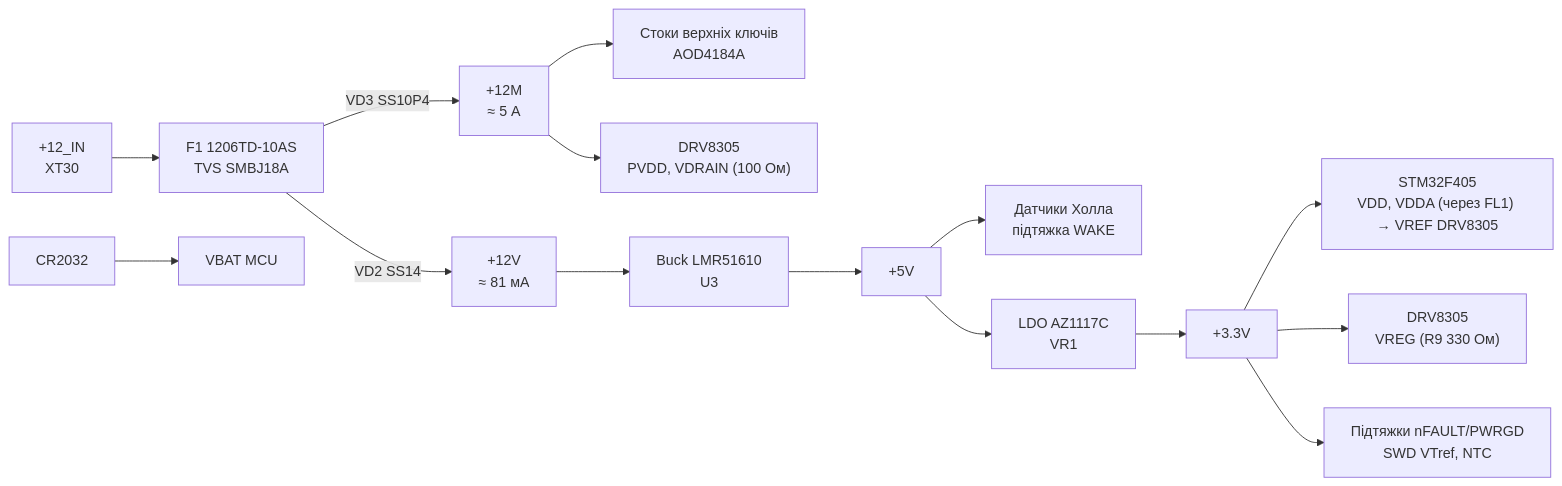
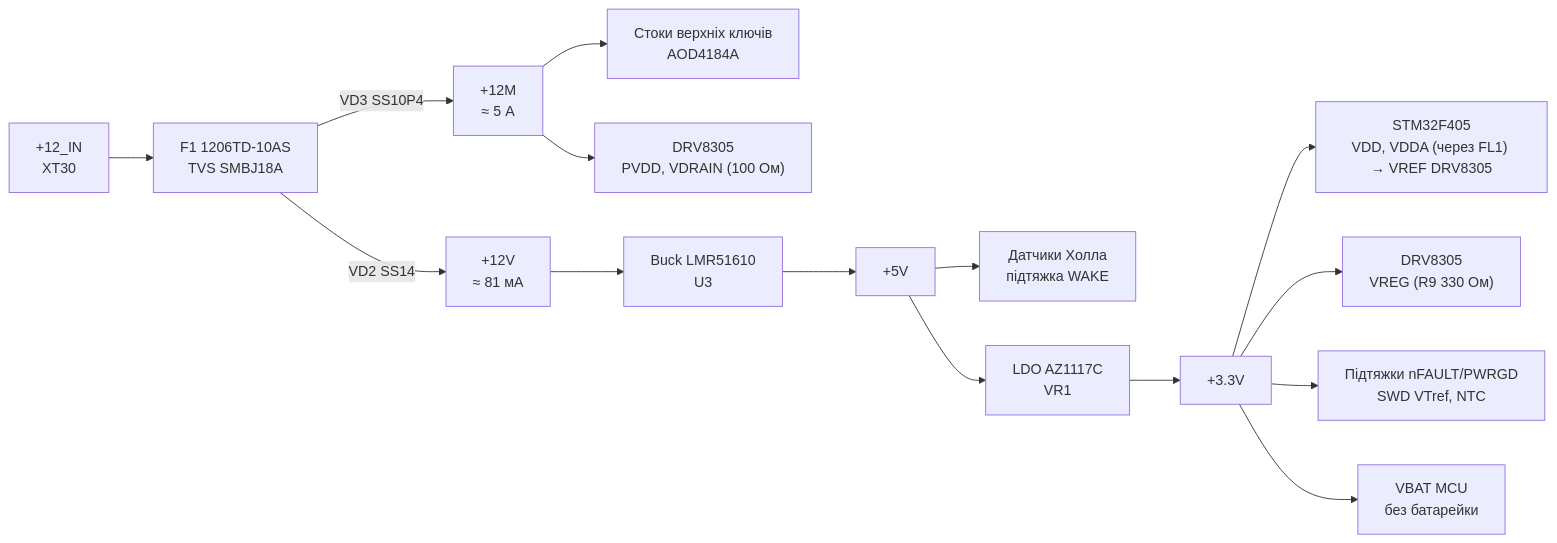
One commit to anhro/hardware-development changed the second of 2 diagrams in motor-drive-controller/docs/architecture.md. Above: the diagram before and after it, drawn with Mermaid. The commit also changed 5 other files, not shown here.

````diff
--- a/motor-drive-controller/docs/architecture.md
+++ b/motor-drive-controller/docs/architecture.md
@@ -33,17 +33,17 @@
 ```mermaid
 flowchart LR
     IN["+12_IN<br/>XT30"] --> F1["F1 1206TD-10AS<br/>TVS SMBJ18A"]
     F1 -- "VD3 SS10P4" --> V12M["+12M<br/>≈ 5 А"]
     F1 -- "VD2 SS14" --> V12["+12V<br/>≈ 81 мА"]
     V12M --> Q["Стоки верхніх ключів<br/>AOD4184A"]
     V12M --> PVDD["DRV8305<br/>PVDD, VDRAIN (100 Ом)"]
     V12 --> BUCK["Buck LMR51610<br/>U3"]
     BUCK --> V5["+5V"]
     V5 --> HALL["Датчики Холла<br/>підтяжка WAKE"]
     V5 --> LDO["LDO AZ1117C<br/>VR1"]
     LDO --> V33["+3.3V"]
     V33 --> MCUP["STM32F405<br/>VDD, VDDA (через FL1) → VREF DRV8305"]
     V33 --> DRVL["DRV8305<br/>VREG (R9 330 Ом)"]
     V33 --> PU["Підтяжки nFAULT/PWRGD<br/>SWD VTref, NTC"]
-    BAT["CR2032"] --> VBAT["VBAT MCU"]
+    V33 --> VBAT["VBAT MCU<br/>без батарейки"]
 ```
````
